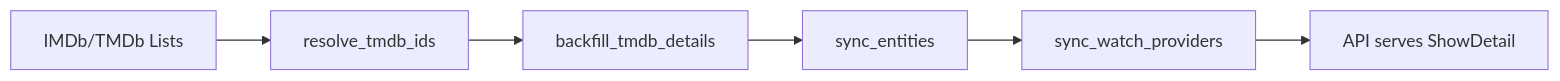
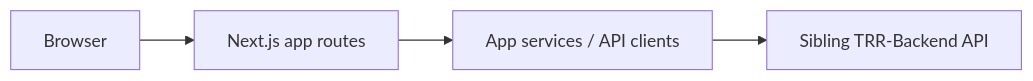
One commit to therealityreport/trr-app changed the second of 2 diagrams in docs/Repository/diagrams/system_maps.md. Above: the diagram before and after it, drawn with Mermaid. The commit also changed other lines of this file and 41 other files, not shown here.

````diff
--- a/docs/Repository/diagrams/system_maps.md
+++ b/docs/Repository/diagrams/system_maps.md
@@ -45,8 +19,6 @@
 ```mermaid
 flowchart LR
-    lists["IMDb/TMDb Lists"] --> resolve["resolve_tmdb_ids"]
-    resolve --> backfill["backfill_tmdb_details"]
-    backfill --> sync["sync_entities"]
-    sync --> providers["sync_watch_providers"]
-    providers --> api["API serves ShowDetail"]
+    browser["Browser"] --> routes["Next.js app routes"]
+    routes --> lib["App services / API clients"]
+    lib --> backend["Sibling TRR-Backend API"]
 ```
````
